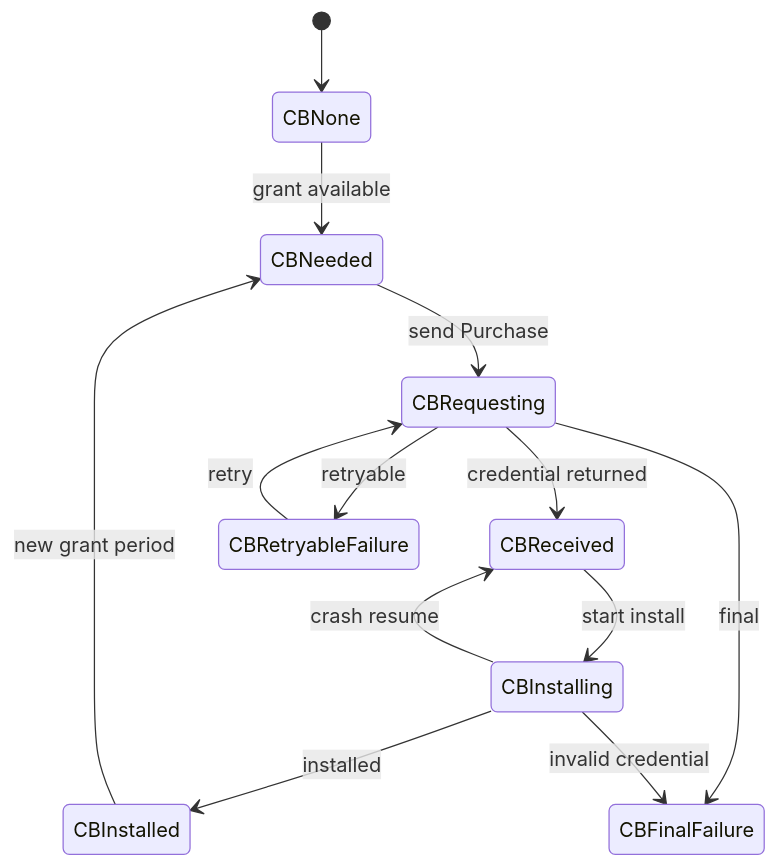
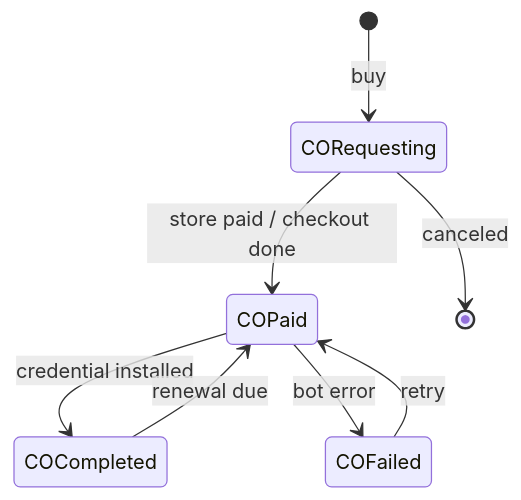
One commit to simplex-chat/simplex-chat changed the third of 9 diagrams in plans/2026-07-20-supporter-badges-v2-implementation.md. Above: the diagram before and after it, drawn with Mermaid. The commit also changed other lines of this file and 4 other files, not shown here.

````diff
--- a/plans/2026-07-20-supporter-badges-v2-implementation.md
+++ b/plans/2026-07-20-supporter-badges-v2-implementation.md
@@ -390,15 +147,10 @@
 ```mermaid
 stateDiagram-v2
-  [*] --> CBNone
-  CBNone --> CBNeeded: grant available
-  CBInstalled --> CBNeeded: new grant period
-  CBNeeded --> CBRequesting: send Purchase
-  CBRequesting --> CBReceived: credential returned
-  CBRequesting --> CBRetryableFailure: retryable
-  CBRequesting --> CBFinalFailure: final
-  CBReceived --> CBInstalling: start install
-  CBInstalling --> CBInstalled: installed
-  CBInstalling --> CBReceived: crash resume
-  CBInstalling --> CBFinalFailure: invalid credential
-  CBRetryableFailure --> CBRequesting: retry
+  [*] --> CORequesting: buy
+  CORequesting --> COPaid: store paid / checkout done
+  CORequesting --> [*]: canceled
+  COPaid --> COCompleted: credential installed
+  COPaid --> COFailed: bot error
+  COCompleted --> COPaid: renewal due
+  COFailed --> COPaid: retry
 ```
````
